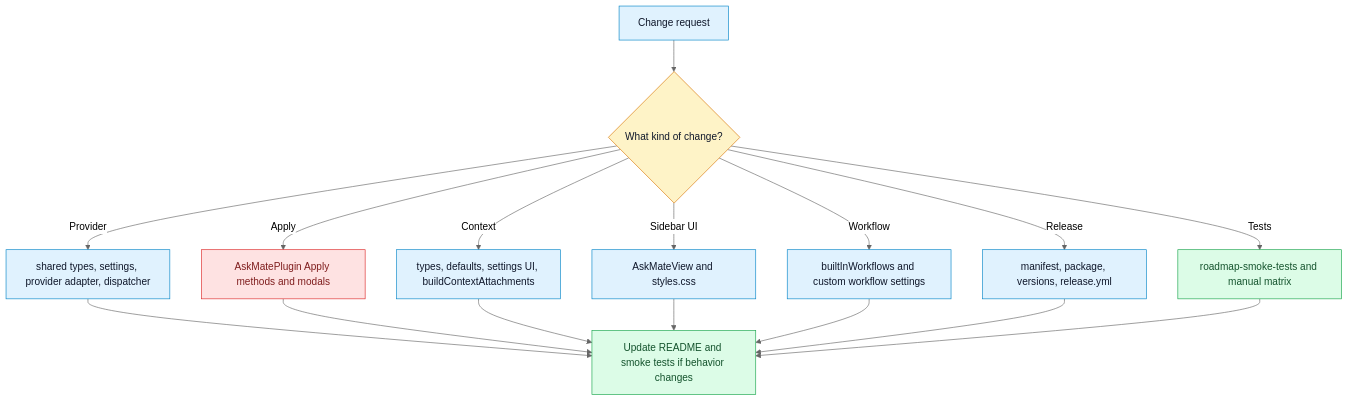
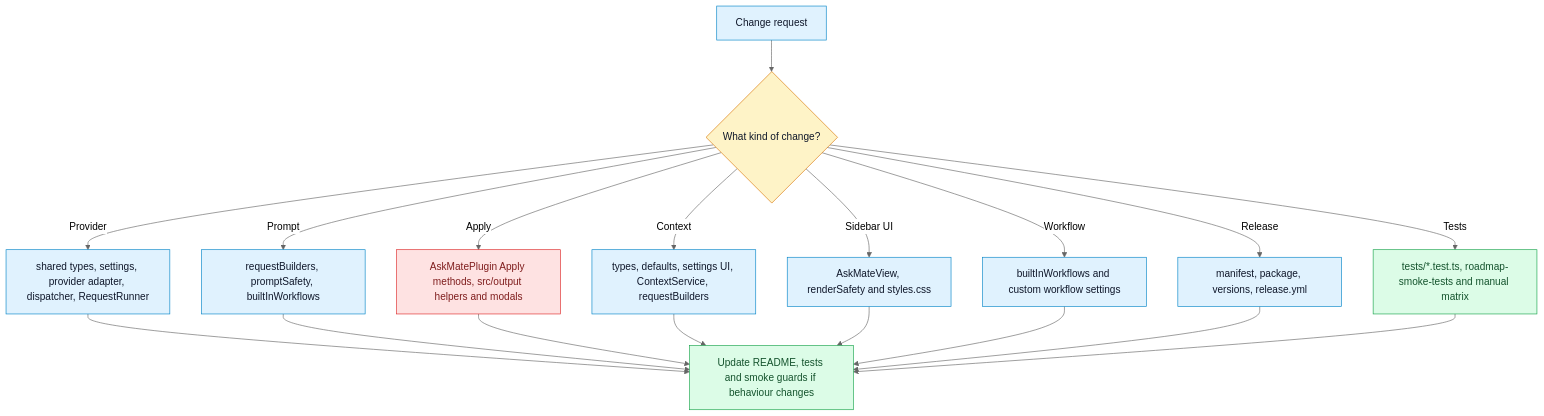
Before and after one commit to CodeWithBehnam/askmate: the diagram in DigVis/11-where-to-change-things.md, drawn with Mermaid (neutral theme). The commit also changed other lines of this file and 88 other files, not shown here.

````diff
--- a/DigVis/11-where-to-change-things.md
+++ b/DigVis/11-where-to-change-things.md
@@ -9,29 +9,31 @@
 ```mermaid
 flowchart TD
   Change["Change request"] --> Kind{"What kind of change?"}
-  Kind -- "Provider" --> ProviderFiles["shared types, settings, provider adapter, dispatcher"]
-  Kind -- "Apply" --> ApplyFiles["AskMatePlugin Apply methods and modals"]
-  Kind -- "Context" --> ContextFiles["types, defaults, settings UI, buildContextAttachments"]
-  Kind -- "Sidebar UI" --> SidebarFiles["AskMateView and styles.css"]
+  Kind -- "Provider" --> ProviderFiles["shared types, settings, provider adapter, dispatcher, RequestRunner"]
+  Kind -- "Apply" --> ApplyFiles["AskMatePlugin Apply methods, src/output helpers and modals"]
+  Kind -- "Context" --> ContextFiles["types, defaults, settings UI, ContextService, requestBuilders"]
+  Kind -- "Prompt" --> PromptFiles["requestBuilders, promptSafety, builtInWorkflows"]
+  Kind -- "Sidebar UI" --> SidebarFiles["AskMateView, renderSafety and styles.css"]
   Kind -- "Workflow" --> WorkflowFiles["builtInWorkflows and custom workflow settings"]
   Kind -- "Release" --> ReleaseFiles["manifest, package, versions, release.yml"]
-  Kind -- "Tests" --> TestFiles["roadmap-smoke-tests and manual matrix"]
+  Kind -- "Tests" --> TestFiles["tests/*.test.ts, roadmap-smoke-tests and manual matrix"]
 
-  ProviderFiles --> Validate["Update README and smoke tests if behavior changes"]
+  ProviderFiles --> Validate["Update README, tests and smoke guards if behaviour changes"]
+  PromptFiles --> Validate
   ApplyFiles --> Validate
   ContextFiles --> Validate
   SidebarFiles --> Validate
   WorkflowFiles --> Validate
   ReleaseFiles --> Validate
   TestFiles --> Validate
 
   classDef decision fill:#FEF3C7,stroke:#D97706,color:#0F172A
   classDef core fill:#E0F2FE,stroke:#0284C7,color:#0F172A
   classDef test fill:#DCFCE7,stroke:#16A34A,color:#14532D
   classDef risk fill:#FEE2E2,stroke:#DC2626,color:#7F1D1D
 
   class Kind decision
-  class Change,ProviderFiles,ContextFiles,SidebarFiles,WorkflowFiles,ReleaseFiles core
+  class Change,ProviderFiles,ContextFiles,PromptFiles,SidebarFiles,WorkflowFiles,ReleaseFiles core
   class Validate,TestFiles test
   class ApplyFiles risk
 ```
````
